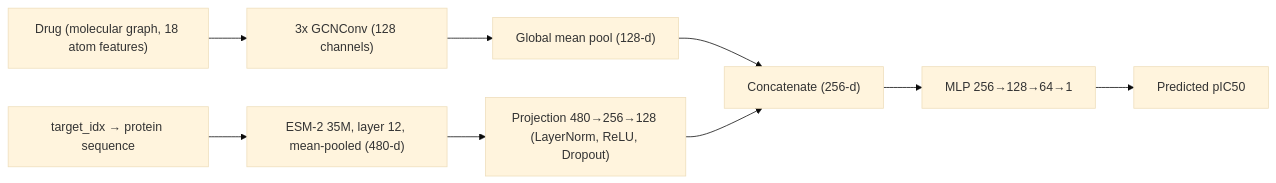
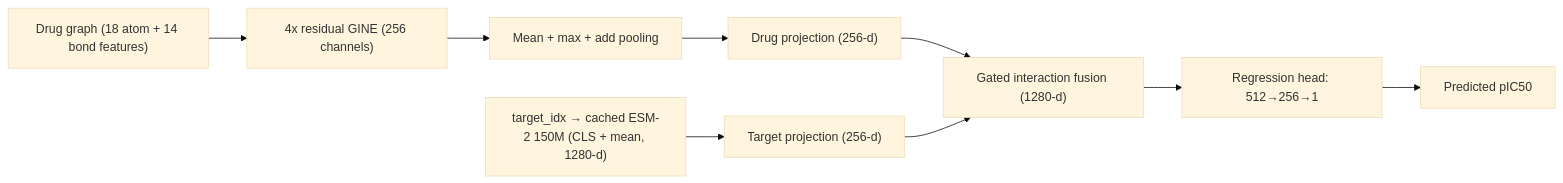
Before and after one commit to pranav-illendula/Cold-Start-Drug-Target-Interaction-Prediction: the diagram in README.md, drawn with Mermaid (base theme). The commit also changed other lines of this file and 24 other files, not shown here.

Commit message:
New v4 architecture

````diff
--- a/README.md
+++ b/README.md
@@ -42,11 +44,11 @@
 ```mermaid
 flowchart LR
-  A["Drug (molecular graph, 18 atom features)"] --> B["3x GCNConv (128 channels)"]
-  B --> C["Global mean pool (128-d)"]
-  D["target_idx → protein sequence"] --> E["ESM-2 35M, layer 12, mean-pooled (480-d)"]
-  E --> F["Projection 480→256→128 (LayerNorm, ReLU, Dropout)"]
-  C --> G["Concatenate (256-d)"]
+  A["Drug graph (18 atom + 14 bond features)"] --> B["4x residual GINE (256 channels)"]
+  B --> C["Mean + max + add pooling"]
+  C --> D["Drug projection (256-d)"]
+  E["target_idx → cached ESM-2 150M (CLS + mean, 1280-d)"] --> F["Target projection (256-d)"]
+  D --> G["Gated interaction fusion (1280-d)"]
   F --> G
-  G --> H["MLP 256→128→64→1"]
+  G --> H["Regression head: 512→256→1"]
   H --> I["Predicted pIC50"]
 ```
````
